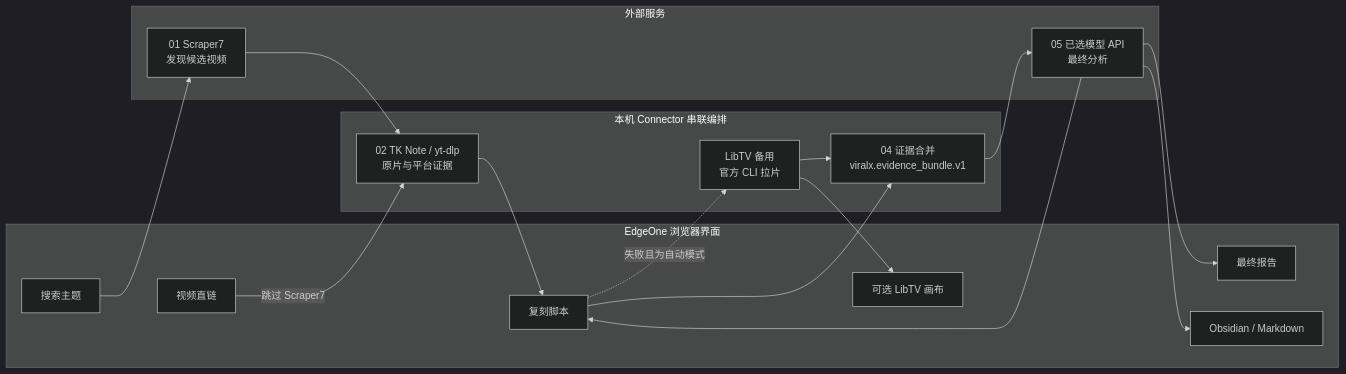
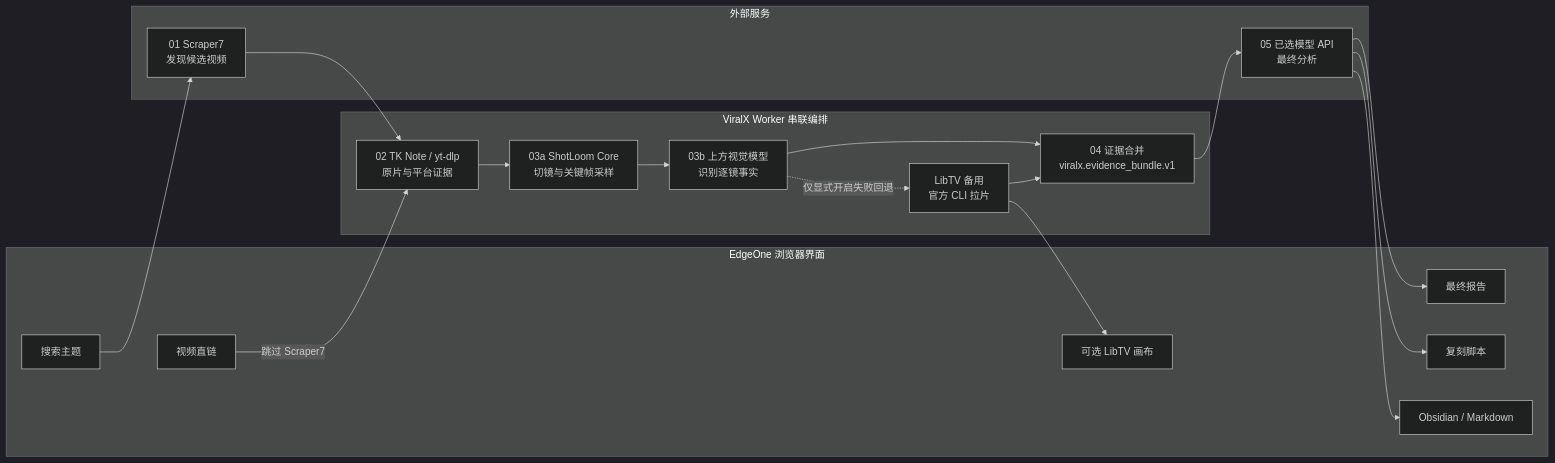
Before and after one commit to chongchonghaoman/ViralX: the diagram in docs/assets/viralx-workflow.mmd, drawn with Mermaid (dark theme). The commit also changed 37 other files, not shown here.

```diff
--- a/docs/assets/viralx-workflow.mmd
+++ b/docs/assets/viralx-workflow.mmd
@@ -1,34 +1,36 @@
 flowchart LR
     K[搜索主题] --> A[01 Scraper7<br/>发现候选视频]
     U[视频直链] -->|跳过 Scraper7| T
     A --> T[02 TK Note / yt-dlp<br/>原片与平台证据]
-    T --> S[03 ShotLoom Core<br/>同一原片的镜头证据]
-    S -. 失败且为自动模式 .-> L[LibTV 备用<br/>官方 CLI 拉片]
-    S --> E[04 证据合并<br/>viralx.evidence_bundle.v1]
+    T --> F[03a ShotLoom Core<br/>切镜与关键帧采样]
+    F --> V[03b 上方视觉模型<br/>识别逐镜事实]
+    V -. 仅显式开启失败回退 .-> L[LibTV 备用<br/>官方 CLI 拉片]
+    V --> E[04 证据合并<br/>viralx.evidence_bundle.v1]
     L --> E
     E --> M[05 已选模型 API<br/>最终分析]
     M --> R[最终报告]
-    M --> S[复刻脚本]
+    M --> P[复刻脚本]
     M --> O[Obsidian / Markdown]
     L --> C[可选 LibTV 画布]
 
     subgraph Browser[EdgeOne 浏览器界面]
         K
         U
         R
-        S
+        P
         O
         C
     end
 
-    subgraph Connector[本机 Connector 串联编排]
+    subgraph Worker[ViralX Worker 串联编排]
         T
-        S
+        F
+        V
         L
         E
     end
 
     subgraph Services[外部服务]
         A
         M
     end
```
